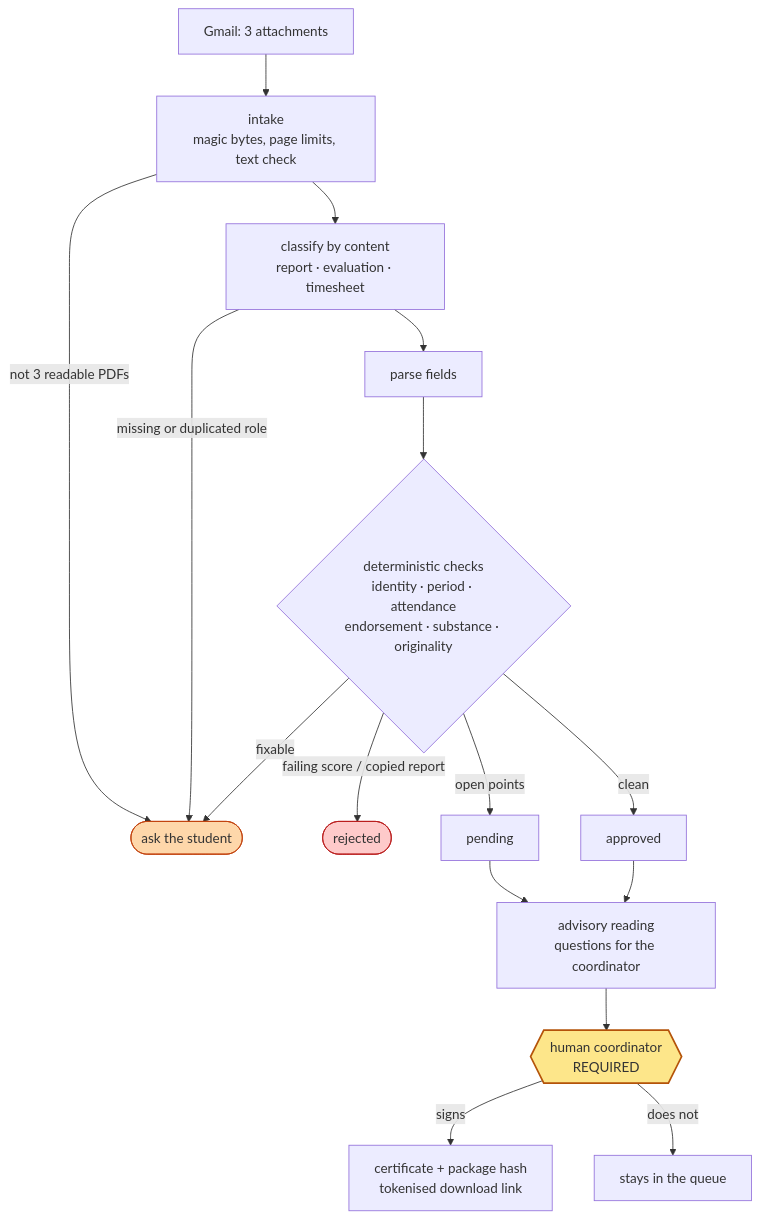
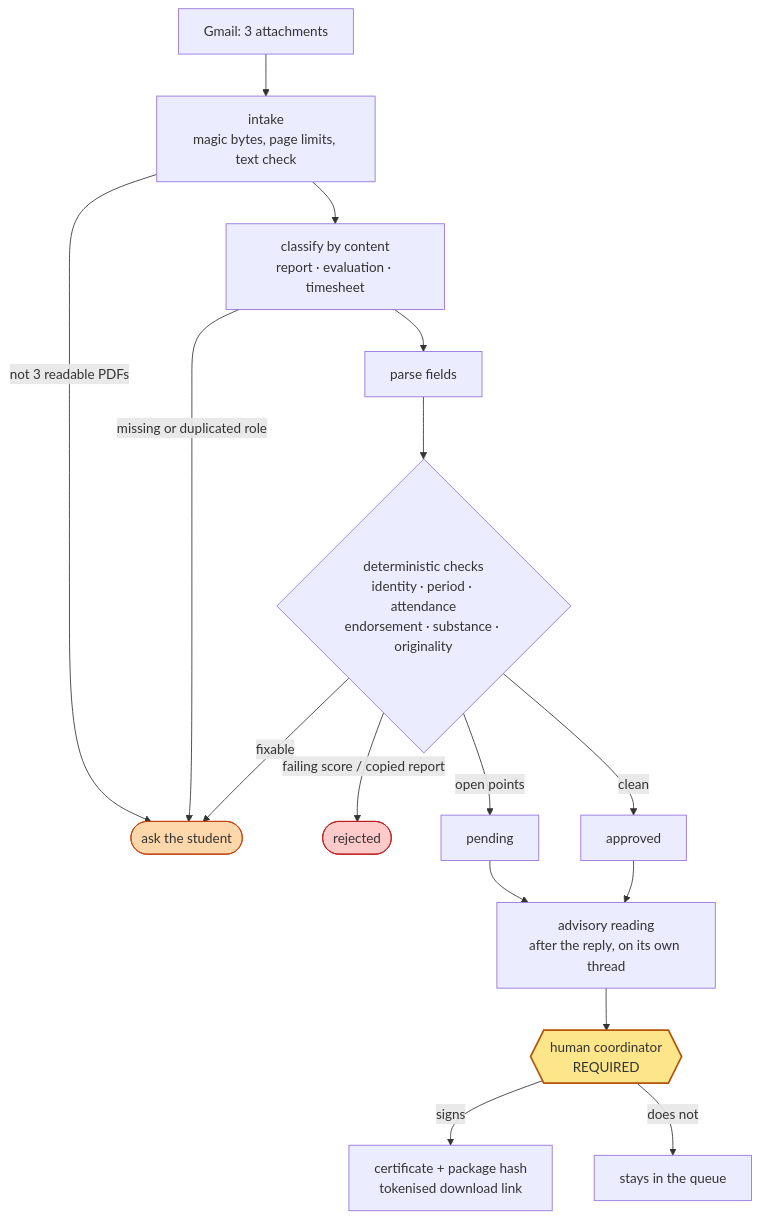
Before and after one commit to codcreater1/Internship-report-reviewer: the diagram in README.md, drawn with Mermaid. The commit also changed other lines of this file and 8 other files, not shown here.

````diff
--- a/README.md
+++ b/README.md
@@ -122,22 +129,22 @@
 ```mermaid
 flowchart TD
     A[Gmail: 3 attachments] --> B[intake<br/>magic bytes, page limits, text check]
     B -->|not 3 readable PDFs| R1([ask the student])
     B --> C[classify by content<br/>report · evaluation · timesheet]
     C -->|missing or duplicated role| R1
     C --> D[parse fields]
     D --> E{deterministic checks<br/>identity · period · attendance<br/>endorsement · substance · originality}
     E -->|failing score / copied report| R2([rejected])
     E -->|fixable| R1
     E -->|open points| F[pending]
     E -->|clean| G[approved]
-    F --> H[advisory reading<br/>questions for the coordinator]
+    F --> H[advisory reading<br/>after the reply, on its own thread]
     G --> H
     H --> I{{human coordinator<br/>REQUIRED}}
     I -->|signs| J[certificate + package hash<br/>tokenised download link]
     I -->|does not| K[stays in the queue]
 
     style I fill:#fde68a,stroke:#b45309,stroke-width:2px
     style R2 fill:#fecaca,stroke:#b91c1c
     style R1 fill:#fed7aa,stroke:#c2410c
 ```
````
